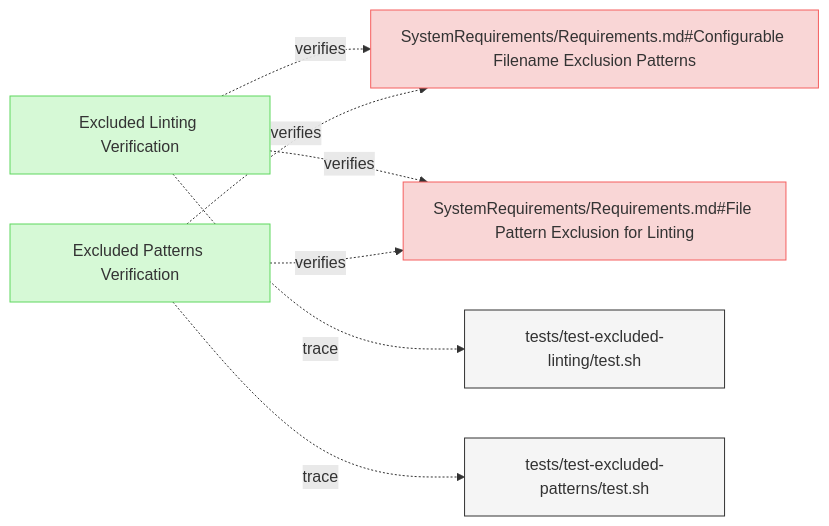
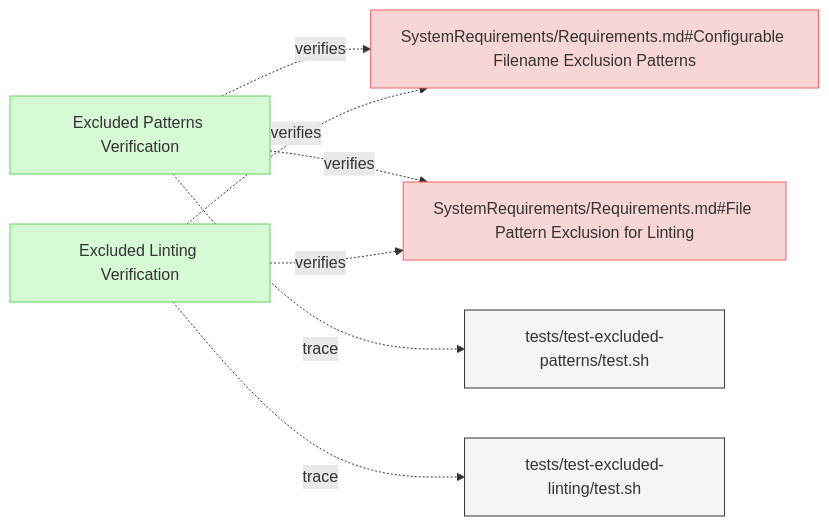
Before and after one commit to reqvire-org/reqvire: the third of 3 diagrams in specifications/Verifications/LintingTests.md, drawn with Mermaid. The commit also changed other lines of this file and 17 other files, not shown here.

Commit message:
Auto-generate diagrams after PR merge to main

````diff
--- a/specifications/Verifications/LintingTests.md
+++ b/specifications/Verifications/LintingTests.md
@@ -277,33 +277,33 @@
 ```mermaid
 graph LR;
   %% Graph styling
   classDef requirement fill:#f9d6d6,stroke:#f55f5f,stroke-width:1px;
   classDef verification fill:#d6f9d6,stroke:#5fd75f,stroke-width:1px;
   classDef externalLink fill:#d0e0ff,stroke:#3080ff,stroke-width:1px;
   classDef default fill:#f5f5f5,stroke:#333333,stroke-width:1px;
 
-  4c4775ba9ffce94["Excluded Linting Verification"];
-  click 4c4775ba9ffce94 "https://github.com/ilijaljubicic/ReqFlow/blob/29a17f176519a28e973567d4102beb95f41075ed/specifications/Verifications/LintingTests.md#excluded-linting-verification";
-  class 4c4775ba9ffce94 verification;
-  cc8128cae305b29d["SystemRequirements/Requirements.md#Configurable Filename Exclusion Patterns"];
-  class cc8128cae305b29d requirement;
-  click cc8128cae305b29d "https://github.com/ilijaljubicic/ReqFlow/blob/29a17f176519a28e973567d4102beb95f41075ed/specifications/SystemRequirements/Requirements.md#configurable-filename-exclusion-patterns";
-  4c4775ba9ffce94 -.->|verifies| cc8128cae305b29d;
-  45770e9b319d3819["SystemRequirements/Requirements.md#File Pattern Exclusion for Linting"];
-  class 45770e9b319d3819 requirement;
-  click 45770e9b319d3819 "https://github.com/ilijaljubicic/ReqFlow/blob/29a17f176519a28e973567d4102beb95f41075ed/specifications/SystemRequirements/Requirements.md#file-pattern-exclusion-for-linting";
-  4c4775ba9ffce94 -.->|verifies| 45770e9b319d3819;
-  b28a9ed0b063b190["tests/test-excluded-linting/test.sh"];
-  class b28a9ed0b063b190 default;
-  click b28a9ed0b063b190 "https://github.com/ilijaljubicic/ReqFlow/blob/29a17f176519a28e973567d4102beb95f41075ed/tests/test-excluded-linting/test.sh";
-  4c4775ba9ffce94 -.->|trace| b28a9ed0b063b190;
-  be641c88c635747f["Excluded Patterns Verification"];
-  click be641c88c635747f "https://github.com/ilijaljubicic/ReqFlow/blob/29a17f176519a28e973567d4102beb95f41075ed/specifications/Verifications/LintingTests.md#excluded-patterns-verification";
-  class be641c88c635747f verification;
-  be641c88c635747f -.->|verifies| cc8128cae305b29d;
-  be641c88c635747f -.->|verifies| 45770e9b319d3819;
-  79ca606f26bdd145["tests/test-excluded-patterns/test.sh"];
-  class 79ca606f26bdd145 default;
-  click 79ca606f26bdd145 "https://github.com/ilijaljubicic/ReqFlow/blob/29a17f176519a28e973567d4102beb95f41075ed/tests/test-excluded-patterns/test.sh";
-  be641c88c635747f -.->|trace| 79ca606f26bdd145;
+  a49974e0f5470954["Excluded Patterns Verification"];
+  click a49974e0f5470954 "https://github.com/ilijaljubicic/ReqFlow/blob/73d5ae1d93adea71fdf4cc508be4d1ae09be068f/specifications/Verifications/LintingTests.md#excluded-patterns-verification";
+  class a49974e0f5470954 verification;
+  348451e9313c44a3["SystemRequirements/Requirements.md#Configurable Filename Exclusion Patterns"];
+  class 348451e9313c44a3 requirement;
+  click 348451e9313c44a3 "https://github.com/ilijaljubicic/ReqFlow/blob/73d5ae1d93adea71fdf4cc508be4d1ae09be068f/specifications/SystemRequirements/Requirements.md#configurable-filename-exclusion-patterns";
+  a49974e0f5470954 -.->|verifies| 348451e9313c44a3;
+  c2d5791e32e75081["SystemRequirements/Requirements.md#File Pattern Exclusion for Linting"];
+  class c2d5791e32e75081 requirement;
+  click c2d5791e32e75081 "https://github.com/ilijaljubicic/ReqFlow/blob/73d5ae1d93adea71fdf4cc508be4d1ae09be068f/specifications/SystemRequirements/Requirements.md#file-pattern-exclusion-for-linting";
+  a49974e0f5470954 -.->|verifies| c2d5791e32e75081;
+  12603942d997b0fa["tests/test-excluded-patterns/test.sh"];
+  class 12603942d997b0fa default;
+  click 12603942d997b0fa "https://github.com/ilijaljubicic/ReqFlow/blob/73d5ae1d93adea71fdf4cc508be4d1ae09be068f/tests/test-excluded-patterns/test.sh";
+  a49974e0f5470954 -.->|trace| 12603942d997b0fa;
+  18222f46dc9c9778["Excluded Linting Verification"];
+  click 18222f46dc9c9778 "https://github.com/ilijaljubicic/ReqFlow/blob/73d5ae1d93adea71fdf4cc508be4d1ae09be068f/specifications/Verifications/LintingTests.md#excluded-linting-verification";
+  class 18222f46dc9c9778 verification;
+  18222f46dc9c9778 -.->|verifies| 348451e9313c44a3;
+  18222f46dc9c9778 -.->|verifies| c2d5791e32e75081;
+  8f580a92cf160f78["tests/test-excluded-linting/test.sh"];
+  class 8f580a92cf160f78 default;
+  click 8f580a92cf160f78 "https://github.com/ilijaljubicic/ReqFlow/blob/73d5ae1d93adea71fdf4cc508be4d1ae09be068f/tests/test-excluded-linting/test.sh";
+  18222f46dc9c9778 -.->|trace| 8f580a92cf160f78;
 ```
````
